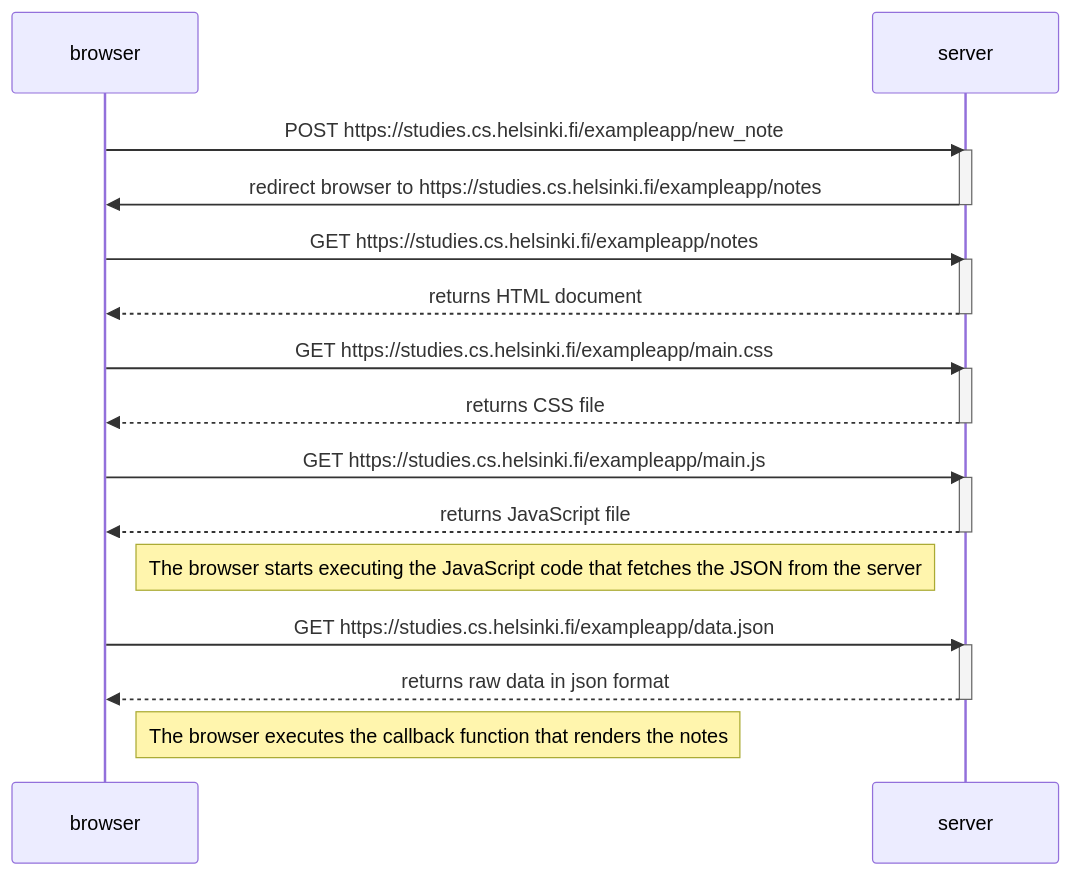
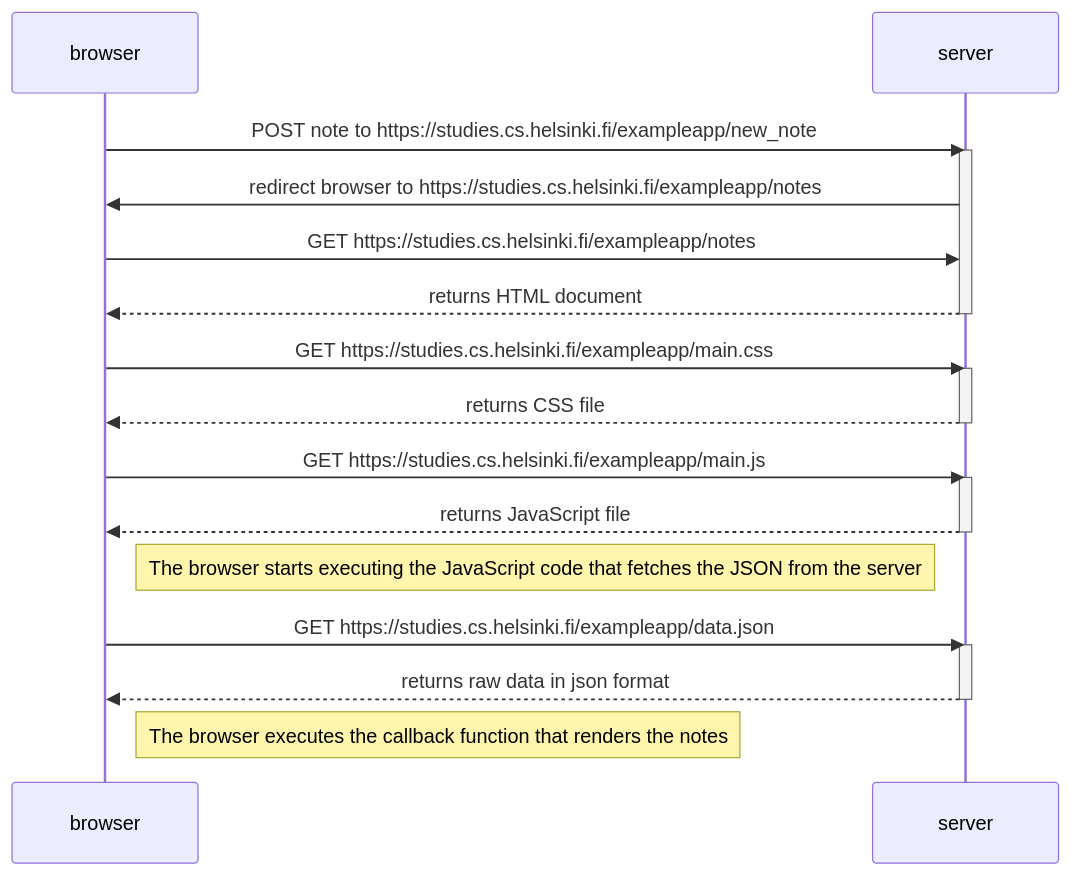
One commit to madman21345/fso-part0 changed the diagram in README.md. Above: the diagram before and after it, drawn with Mermaid.

````diff
--- a/README.md
+++ b/README.md
@@ -3,34 +3,32 @@
 ```mermaid
 sequenceDiagram;
     participant browser;
     participant server;
 
-    browser->>server: POST https://studies.cs.helsinki.fi/exampleapp/new_note;
+    browser->>server: POST note to https://studies.cs.helsinki.fi/exampleapp/new_note;
     activate server;
     server->>browser: redirect browser to https://studies.cs.helsinki.fi/exampleapp/notes;
-    deactivate server;
 
     browser->>server: GET https://studies.cs.helsinki.fi/exampleapp/notes;
-    activate server;
     server-->>browser: returns HTML document;
     deactivate server;
 
     browser->>server: GET https://studies.cs.helsinki.fi/exampleapp/main.css;
     activate server;
     server-->>browser: returns CSS file;
     deactivate server;
 
     browser->>server: GET https://studies.cs.helsinki.fi/exampleapp/main.js;
     activate server;
     server-->>browser: returns JavaScript file;
     deactivate server;
 
     Note right of browser: The browser starts executing the JavaScript code that fetches the JSON from the server;
 
     browser->>server: GET https://studies.cs.helsinki.fi/exampleapp/data.json;
     activate server;
     server-->>browser: returns raw data in json format;
     deactivate server;
 
     Note right of browser: The browser executes the callback function that renders the notes;
 ```
````
